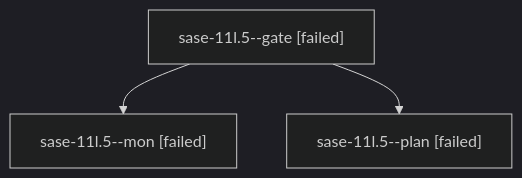
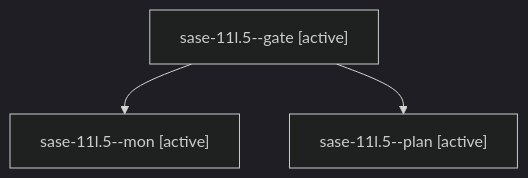
One commit to sase-org/sase--agents changed the diagram in families/bbugyi200.athena.sase-11l.5.md. Above: the diagram before and after it, drawn with Mermaid (dark theme). The commit also changed other lines of this file and 192 other files, not shown here.

````diff
--- a/families/bbugyi200.athena.sase-11l.5.md
+++ b/families/bbugyi200.athena.sase-11l.5.md
@@ -9,8 +9,8 @@
 ```mermaid
 flowchart TD
-  n0["sase-11l.5--gate [failed]"]
-  n1["sase-11l.5--mon [failed]"]
+  n0["sase-11l.5--gate [active]"]
+  n1["sase-11l.5--mon [active]"]
   n0 --> n1
-  n2["sase-11l.5--plan [failed]"]
+  n2["sase-11l.5--plan [active]"]
   n0 --> n2
 ```
````
